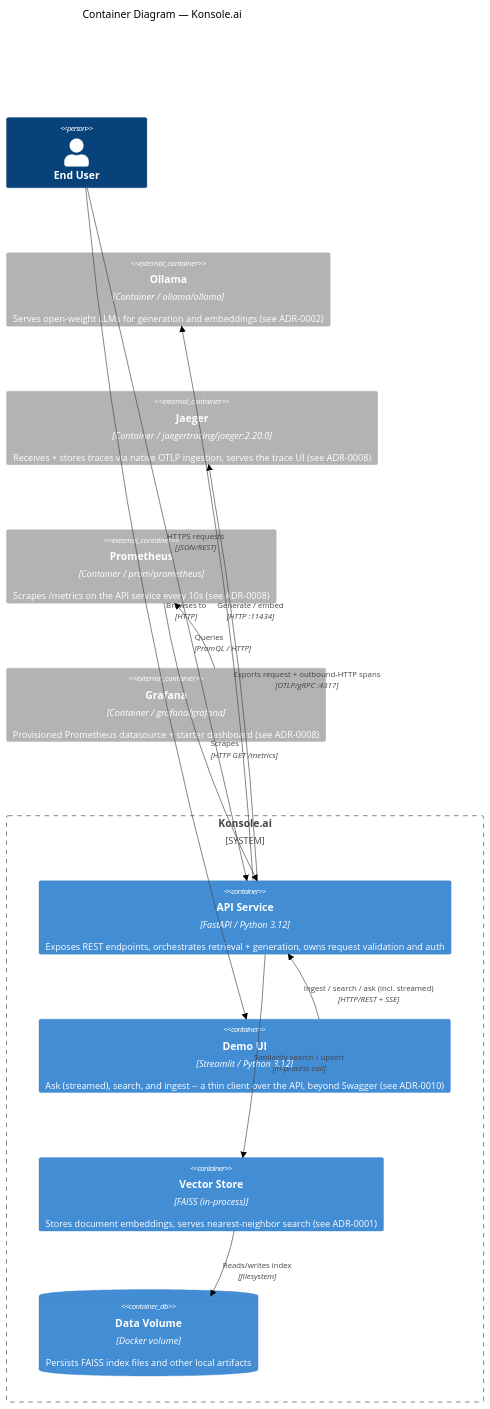
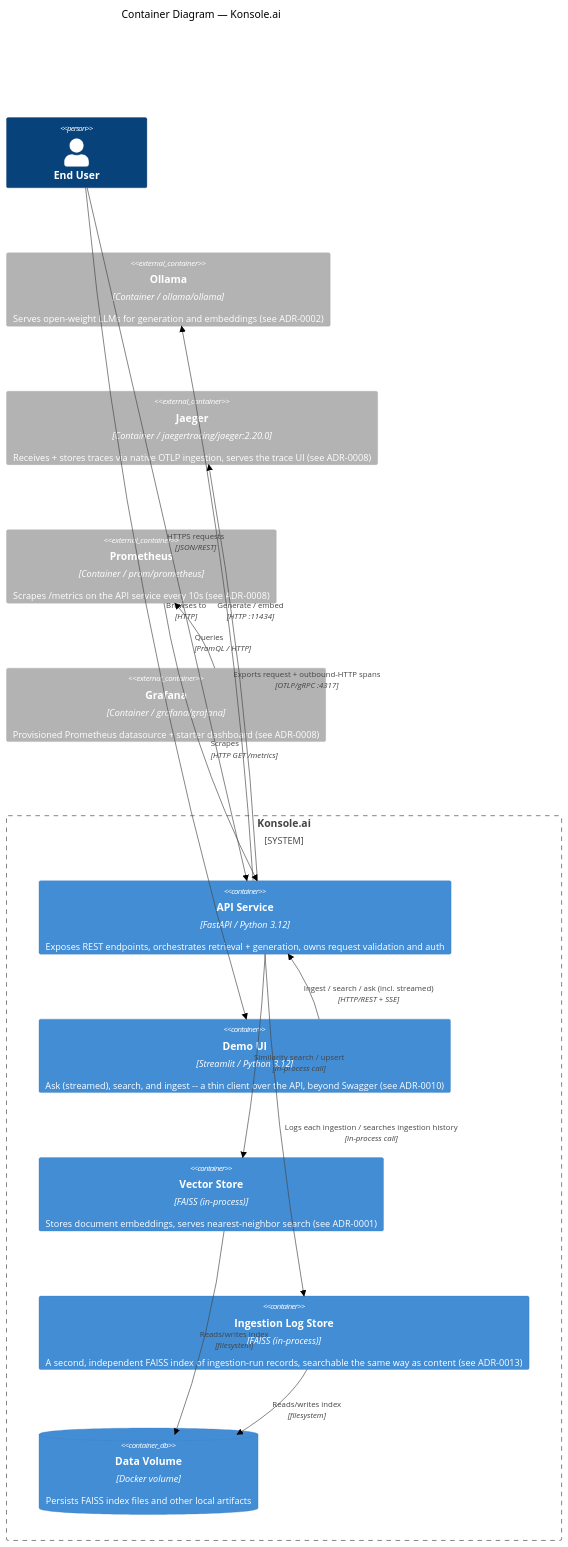
One commit to rafael-ceotto/ai-platform-blueprint changed the second of 3 diagrams in docs/architecture/c4-model.md. Above: the diagram before and after it, drawn with Mermaid (neutral theme). The commit also changed other lines of this file and 18 other files, not shown here.

````diff
--- a/docs/architecture/c4-model.md
+++ b/docs/architecture/c4-model.md
@@ -37,28 +37,31 @@
 ```mermaid
 C4Container
     title Container Diagram — Konsole.ai
 
     Person(user, "End User")
 
     System_Boundary(platform, "Konsole.ai") {
         Container(api, "API Service", "FastAPI / Python 3.12", "Exposes REST endpoints, orchestrates retrieval + generation, owns request validation and auth")
         Container(ui, "Demo UI", "Streamlit / Python 3.12", "Ask (streamed), search, and ingest -- a thin client over the API, beyond Swagger (see ADR-0010)")
         Container(vectorstore, "Vector Store", "FAISS (in-process)", "Stores document embeddings, serves nearest-neighbor search (see ADR-0001)")
+        Container(logstore, "Ingestion Log Store", "FAISS (in-process)", "A second, independent FAISS index of ingestion-run records, searchable the same way as content (see ADR-0013)")
         ContainerDb(datavol, "Data Volume", "Docker volume", "Persists FAISS index files and other local artifacts")
     }
 
     Container_Ext(ollama, "Ollama", "Container / ollama/ollama", "Serves open-weight LLMs for generation and embeddings (see ADR-0002)")
     Container_Ext(jaeger, "Jaeger", "Container / jaegertracing/jaeger:2.20.0", "Receives + stores traces via native OTLP ingestion, serves the trace UI (see ADR-0008)")
     Container_Ext(prometheus, "Prometheus", "Container / prom/prometheus", "Scrapes /metrics on the API service every 10s (see ADR-0008)")
     Container_Ext(grafana, "Grafana", "Container / grafana/grafana", "Provisioned Prometheus datasource + starter dashboard (see ADR-0008)")
 
     Rel(user, api, "HTTPS requests", "JSON/REST")
     Rel(user, ui, "Browses to", "HTTP")
     Rel(ui, api, "Ingest / search / ask (incl. streamed)", "HTTP/REST + SSE")
     Rel(api, vectorstore, "Similarity search / upsert", "in-process call")
+    Rel(api, logstore, "Logs each ingestion / searches ingestion history", "in-process call")
     Rel(vectorstore, datavol, "Reads/writes index", "filesystem")
+    Rel(logstore, datavol, "Reads/writes index", "filesystem")
     Rel(api, ollama, "Generate / embed", "HTTP :11434")
     Rel(api, jaeger, "Exports request + outbound-HTTP spans", "OTLP/gRPC :4317")
     Rel(prometheus, api, "Scrapes", "HTTP GET /metrics")
     Rel(grafana, prometheus, "Queries", "PromQL / HTTP")
 ```
````
